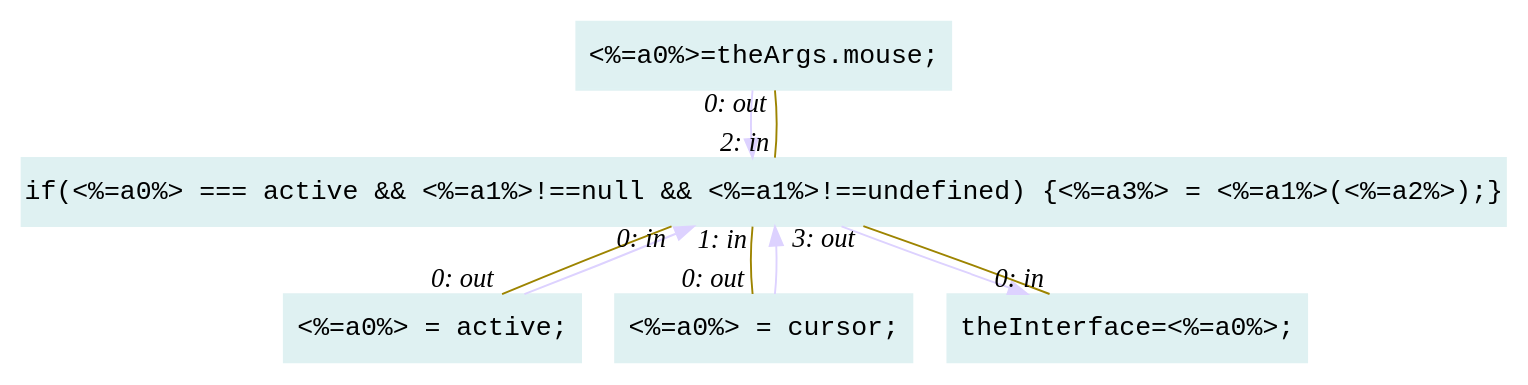
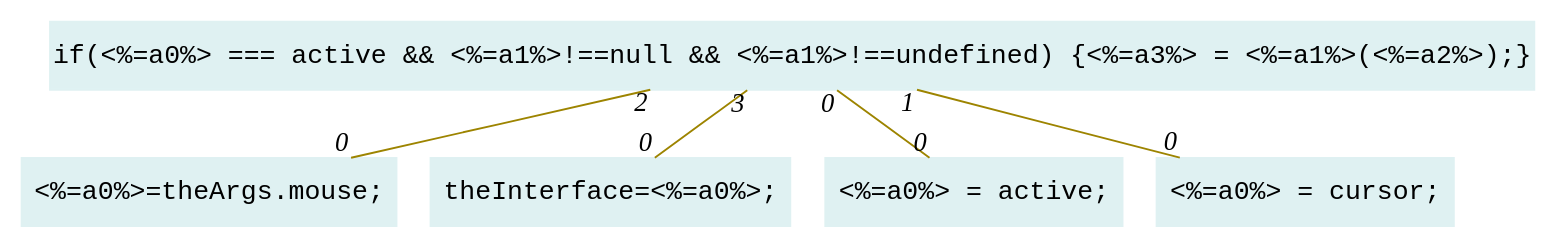
Before and after one commit to crubier/lidl: the diagram in lidl-core/example/ok/uiCursor/error.dot, drawn with Graphviz. The commit also changed 205 other files, not shown here.

```diff
--- a/lidl-core/example/ok/uiCursor/error.dot
+++ b/lidl-core/example/ok/uiCursor/error.dot
@@ -1,19 +1,15 @@
-digraph g{node_8032 [shape="box", style="filled", color="#dff1f2", fontname="Courier", label="<%=a0%>=theArgs.mouse;
+digraph g{node_7363 [shape="box", style="filled", color="#dff1f2", fontname="Courier", label="<%=a0%>=theArgs.mouse;
 " ]
-node_8034 [shape="box", style="filled", color="#dff1f2", fontname="Courier", label="theInterface=<%=a0%>;
+node_7365 [shape="box", style="filled", color="#dff1f2", fontname="Courier", label="theInterface=<%=a0%>;
 " ]
-node_8042 [shape="box", style="filled", color="#dff1f2", fontname="Courier", label="<%=a0%> = active;
+node_7373 [shape="box", style="filled", color="#dff1f2", fontname="Courier", label="<%=a0%> = active;
 " ]
-node_8045 [shape="box", style="filled", color="#dff1f2", fontname="Courier", label="<%=a0%> = cursor;
+node_7376 [shape="box", style="filled", color="#dff1f2", fontname="Courier", label="<%=a0%> = cursor;
 " ]
-node_8047 [shape="box", style="filled", color="#dff1f2", fontname="Courier", label="if(<%=a0%> === active && <%=a1%>!==null && <%=a1%>!==undefined) {<%=a3%> = <%=a1%>(<%=a2%>);}
+node_7378 [shape="box", style="filled", color="#dff1f2", fontname="Courier", label="if(<%=a0%> === active && <%=a1%>!==null && <%=a1%>!==undefined) {<%=a3%> = <%=a1%>(<%=a2%>);}
 " ]
-node_8047 -> node_8034 [dir=forward, arrowHead=normal, fontname="Times-Italic", arrowsize=1, color="#ddd2ff", label="",  headlabel="", taillabel="" ]
-node_8032 -> node_8047 [dir=forward, arrowHead=normal, fontname="Times-Italic", arrowsize=1, color="#ddd2ff", label="",  headlabel="", taillabel="" ]
-node_8042 -> node_8047 [dir=forward, arrowHead=normal, fontname="Times-Italic", arrowsize=1, color="#ddd2ff", label="",  headlabel="", taillabel="" ]
-node_8045 -> node_8047 [dir=forward, arrowHead=normal, fontname="Times-Italic", arrowsize=1, color="#ddd2ff", label="",  headlabel="", taillabel="" ]
-node_8047 -> node_8042 [dir=none, arrowHead=none, fontname="Times-Italic", arrowsize=1, color="#9d8400", label="",  headlabel="0: out", taillabel="0: in" ]
-node_8047 -> node_8045 [dir=none, arrowHead=none, fontname="Times-Italic", arrowsize=1, color="#9d8400", label="",  headlabel="0: out", taillabel="1: in" ]
-node_8047 -> node_8032 [dir=none, arrowHead=none, fontname="Times-Italic", arrowsize=1, color="#9d8400", label="",  headlabel="0: out", taillabel="2: in" ]
-node_8047 -> node_8034 [dir=none, arrowHead=none, fontname="Times-Italic", arrowsize=1, color="#9d8400", label="",  headlabel="0: in", taillabel="3: out" ]
+node_7378 -> node_7373 [dir=none, arrowHead=none, fontname="Times-Italic", arrowsize=1, color="#9d8400", label="",  headlabel="0", taillabel="0" ]
+node_7378 -> node_7376 [dir=none, arrowHead=none, fontname="Times-Italic", arrowsize=1, color="#9d8400", label="",  headlabel="0", taillabel="1" ]
+node_7378 -> node_7363 [dir=none, arrowHead=none, fontname="Times-Italic", arrowsize=1, color="#9d8400", label="",  headlabel="0", taillabel="2" ]
+node_7378 -> node_7365 [dir=none, arrowHead=none, fontname="Times-Italic", arrowsize=1, color="#9d8400", label="",  headlabel="0", taillabel="3" ]
 }
```
